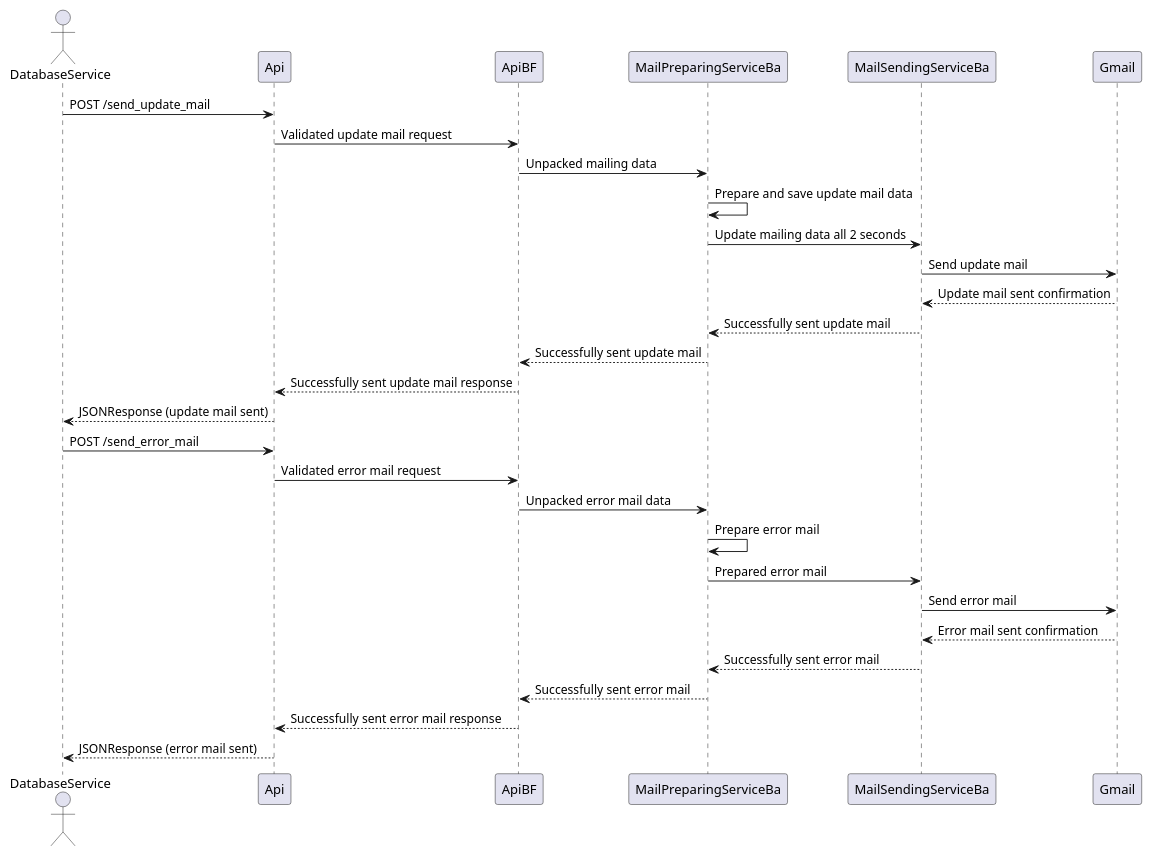
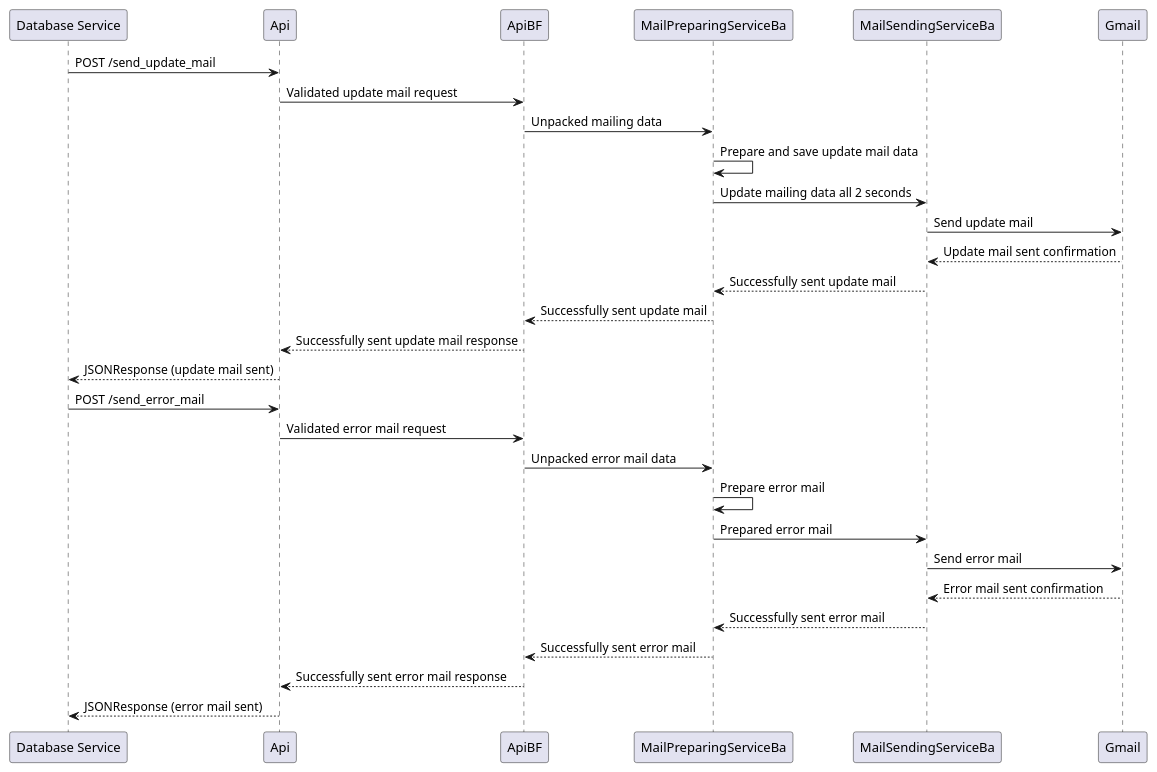
The diagram in doc/documentation/services/mailing_service/sequence_diagram.puml (Marcey1611/stock-tracker-project-sysad-ws2425), drawn with PlantUML before and after one commit.

Commit message:
SYSAD-54: Fixed Mailing Service sequence diagram.

```diff
--- a/doc/documentation/services/mailing_service/sequence_diagram.puml
+++ b/doc/documentation/services/mailing_service/sequence_diagram.puml
@@ -1,34 +1,34 @@
 @startuml
 
-actor "DatabaseService" as Database
+participant "Database Service" as Database
 participant "Api" as API
 participant "ApiBF" as ApiBF
 participant "MailPreparingServiceBa" as MailPreparingService
 participant "MailSendingServiceBa" as MailSendingService
 participant "Gmail" as Gmail
 
 Database -> API: POST /send_update_mail
 API -> ApiBF: Validated update mail request
 ApiBF -> MailPreparingService: Unpacked mailing data
 MailPreparingService -> MailPreparingService: Prepare and save update mail data
 MailPreparingService -> MailSendingService: Update mailing data all 2 seconds
 MailSendingService -> Gmail: Send update mail
 Gmail --> MailSendingService: Update mail sent confirmation
 MailSendingService --> MailPreparingService: Successfully sent update mail
 MailPreparingService --> ApiBF: Successfully sent update mail
 ApiBF --> API: Successfully sent update mail response
 API --> Database: JSONResponse (update mail sent)
 
 Database -> API: POST /send_error_mail
 API -> ApiBF: Validated error mail request
 ApiBF -> MailPreparingService: Unpacked error mail data
 MailPreparingService -> MailPreparingService: Prepare error mail
 MailPreparingService -> MailSendingService: Prepared error mail
 MailSendingService -> Gmail: Send error mail
 Gmail --> MailSendingService: Error mail sent confirmation
 MailSendingService --> MailPreparingService: Successfully sent error mail
 MailPreparingService --> ApiBF: Successfully sent error mail
 ApiBF --> API: Successfully sent error mail response
 API --> Database: JSONResponse (error mail sent)
 
 @enduml
```
